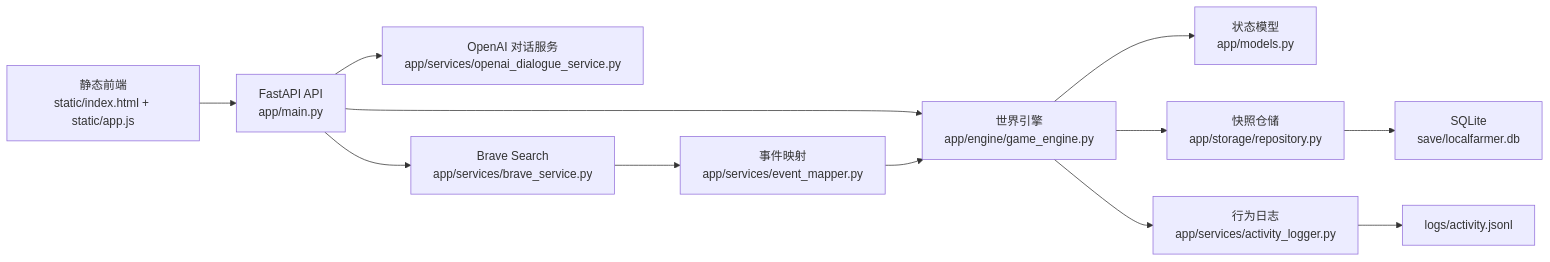
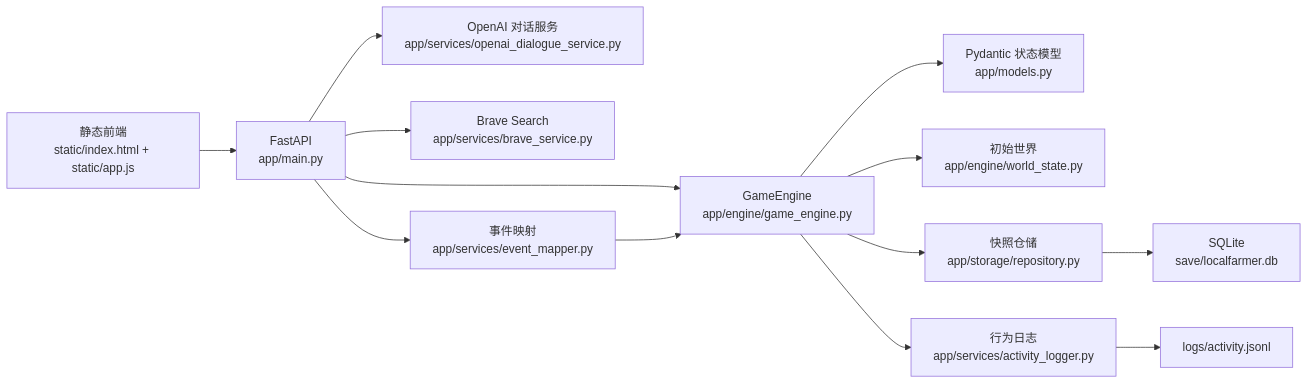
The diagram in docs/architecture_report.md (whuyao/PixelLab), drawn with Mermaid before and after one commit. The commit also changed other lines of this file and 14 other files, not shown here.

````diff
--- a/docs/architecture_report.md
+++ b/docs/architecture_report.md
@@ -27,14 +18,15 @@
 ```mermaid
 flowchart LR
-    UI["静态前端\nstatic/index.html + static/app.js"] --> API["FastAPI API\napp/main.py"]
-    API --> Engine["世界引擎\napp/engine/game_engine.py"]
-    Engine --> Models["状态模型\napp/models.py"]
+    UI["静态前端\nstatic/index.html + static/app.js"] --> API["FastAPI\napp/main.py"]
+    API --> Engine["GameEngine\napp/engine/game_engine.py"]
+    Engine --> Models["Pydantic 状态模型\napp/models.py"]
+    Engine --> Init["初始世界\napp/engine/world_state.py"]
     Engine --> Repo["快照仓储\napp/storage/repository.py"]
     Repo --> SQLite["SQLite\nsave/localfarmer.db"]
     Engine --> Logger["行为日志\napp/services/activity_logger.py"]
     Logger --> JSONL["logs/activity.jsonl"]
     API --> OpenAI["OpenAI 对话服务\napp/services/openai_dialogue_service.py"]
     API --> Brave["Brave Search\napp/services/brave_service.py"]
-    Brave --> Mapper["事件映射\napp/services/event_mapper.py"]
+    API --> Mapper["事件映射\napp/services/event_mapper.py"]
     Mapper --> Engine
 ```
````
